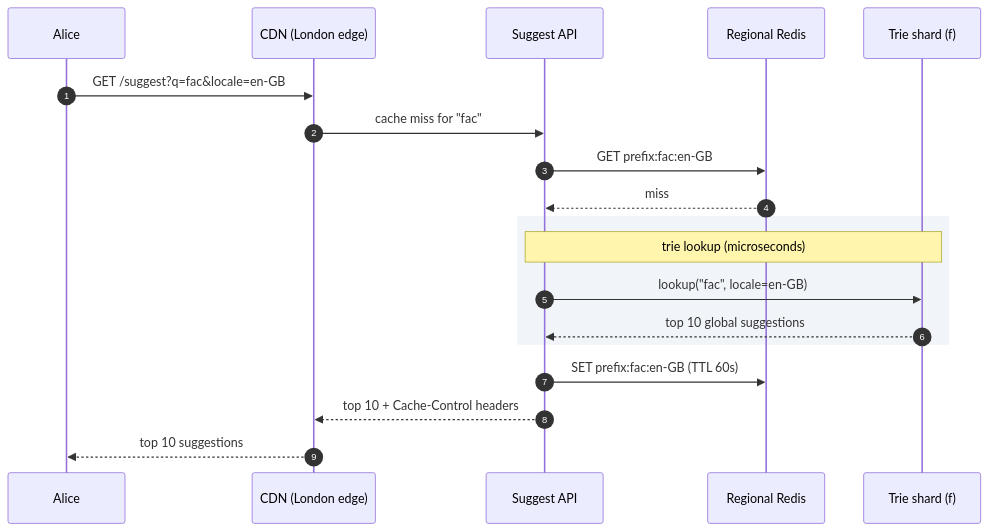
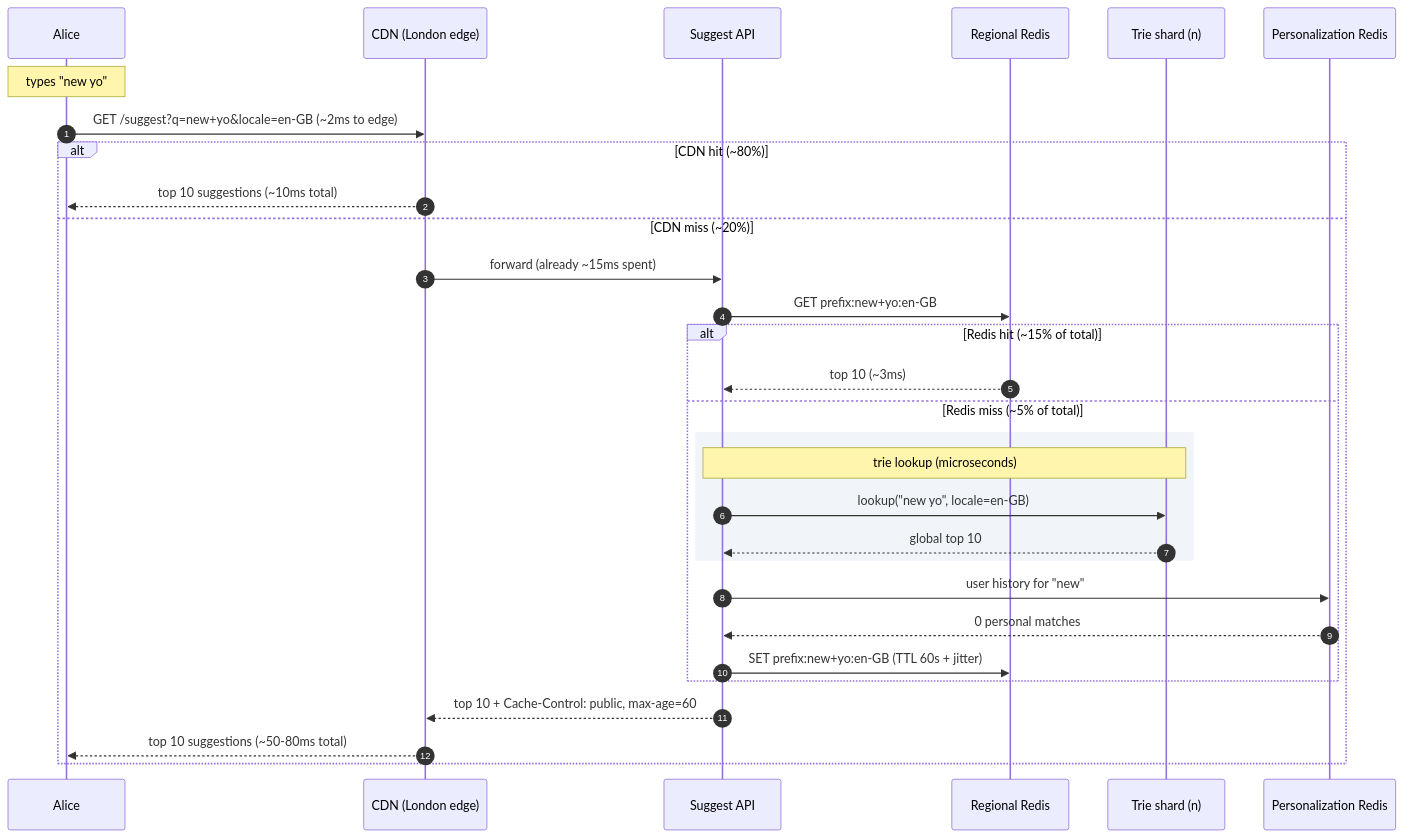
The eighth of 9 diagrams in problems/005-typeahead-autocomplete/question.md (shiningflash/system-design), drawn with Mermaid before and after one commit. The commit also changed other lines of this file and 37 other files, not shown here.

````diff
--- a/problems/005-typeahead-autocomplete/question.md
+++ b/problems/005-typeahead-autocomplete/question.md
@@ -310,24 +321,33 @@
 ```mermaid
 sequenceDiagram
     autonumber
     participant Alice
     participant CDN as CDN (London edge)
     participant API as Suggest API
     participant R as Regional Redis
-    participant T as Trie shard (f)
+    participant T as Trie shard (n)
+    participant P as Personalization Redis
 
-    Alice->>CDN: GET /suggest?q=fac&locale=en-GB
-    CDN->>API: cache miss for "fac"
-    API->>R: GET prefix:fac:en-GB
-    R-->>API: miss
-
-    rect rgb(241, 245, 249)
-        Note over API,T: trie lookup (microseconds)
-        API->>T: lookup("fac", locale=en-GB)
-        T-->>API: top 10 global suggestions
+    Note over Alice: types "new yo"
+    Alice->>CDN: GET /suggest?q=new+yo&locale=en-GB (~2ms to edge)
+    alt CDN hit (~80%)
+        CDN-->>Alice: top 10 suggestions (~10ms total)
+    else CDN miss (~20%)
+        CDN->>API: forward (already ~15ms spent)
+        API->>R: GET prefix:new+yo:en-GB
+        alt Redis hit (~15% of total)
+            R-->>API: top 10 (~3ms)
+        else Redis miss (~5% of total)
+            rect rgb(241, 245, 249)
+                Note over API,T: trie lookup (microseconds)
+                API->>T: lookup("new yo", locale=en-GB)
+                T-->>API: global top 10
+            end
+            API->>P: user history for "new"
+            P-->>API: 0 personal matches
+            API->>R: SET prefix:new+yo:en-GB (TTL 60s + jitter)
+        end
+        API-->>CDN: top 10 + Cache-Control: public, max-age=60
+        CDN-->>Alice: top 10 suggestions (~50-80ms total)
     end
-
-    API->>R: SET prefix:fac:en-GB (TTL 60s)
-    API-->>CDN: top 10 + Cache-Control headers
-    CDN-->>Alice: top 10 suggestions
 ```
````
